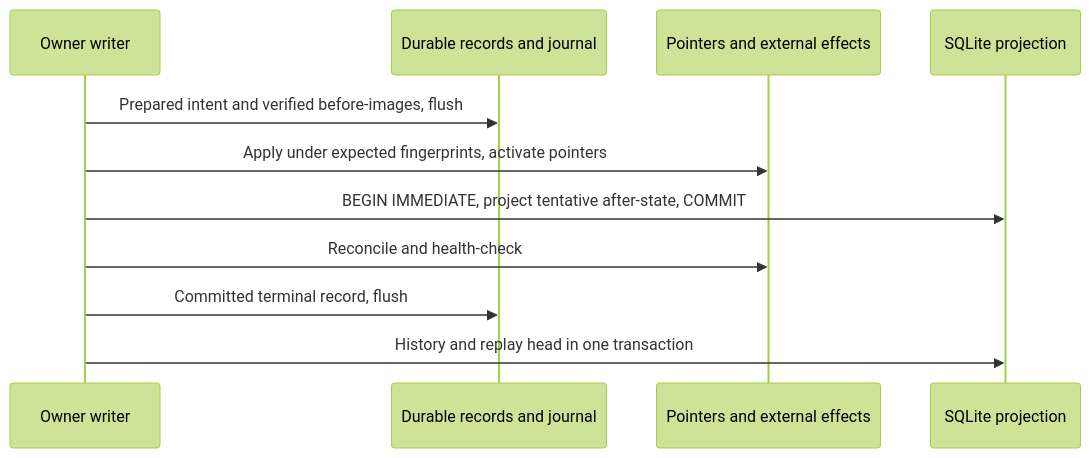
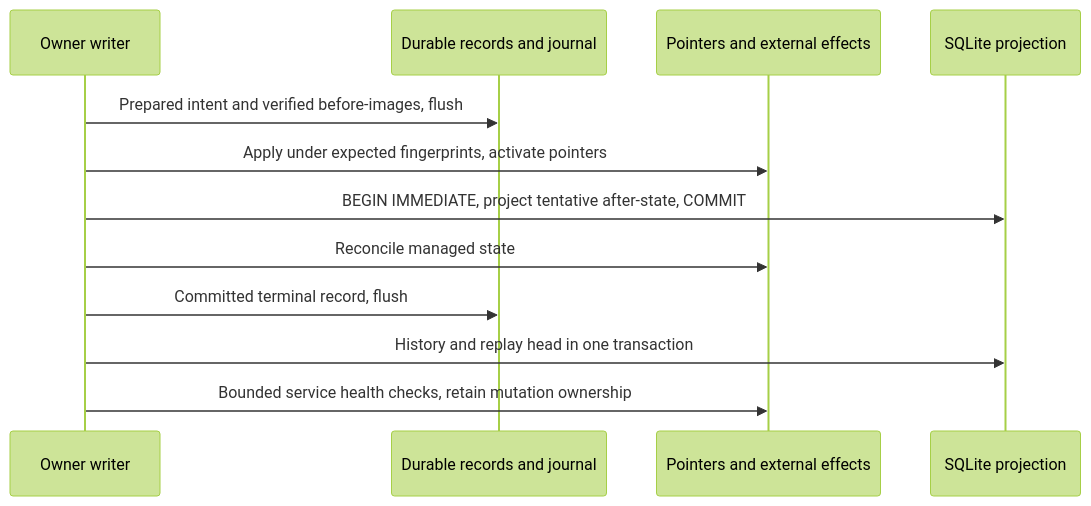
One commit to martin-juul/aslice changed the eighth of 10 diagrams in docs/DATABASE.md. Above: the diagram before and after it, drawn with Mermaid (forest theme). The commit also changed other lines of this file and 11 other files, not shown here.

````diff
--- a/docs/DATABASE.md
+++ b/docs/DATABASE.md
@@ -388,13 +394,14 @@
 ```mermaid
 sequenceDiagram
   participant W as Owner writer
   participant J as Durable records and journal
   participant F as Pointers and external effects
   participant D as SQLite projection
   W->>J: Prepared intent and verified before-images, flush
   W->>F: Apply under expected fingerprints, activate pointers
   W->>D: BEGIN IMMEDIATE, project tentative after-state, COMMIT
-  W->>F: Reconcile and health-check
+  W->>F: Reconcile managed state
   W->>J: Committed terminal record, flush
   W->>D: History and replay head in one transaction
+  W->>F: Bounded service health checks, retain mutation ownership
 ```
````
